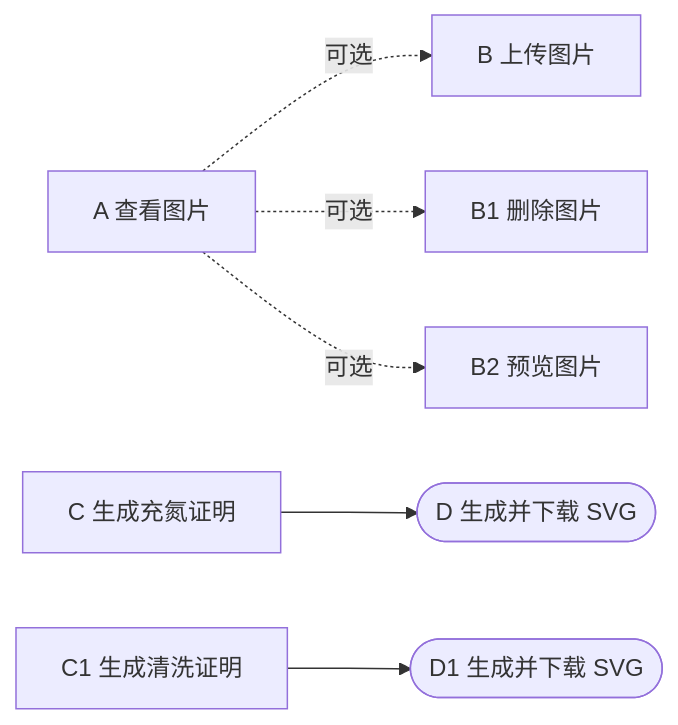
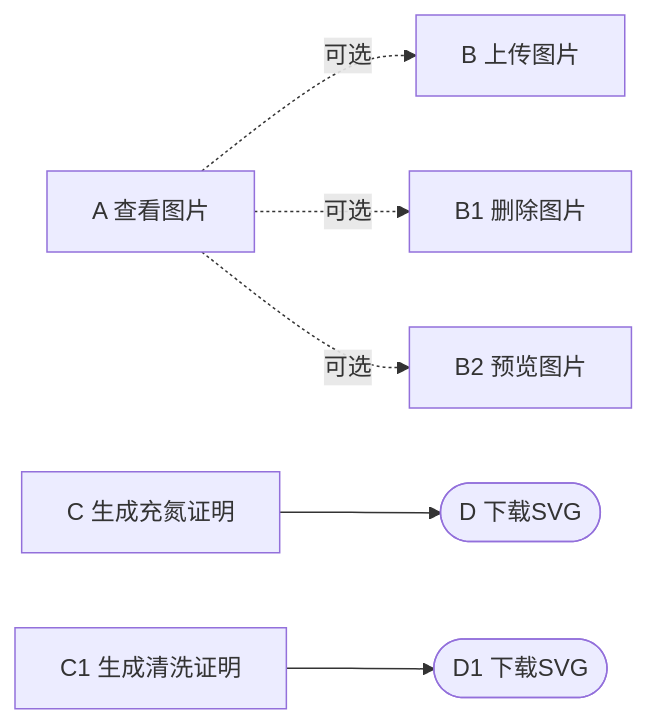
The fourth of 6 diagrams in skill-previews/code-module-feature-map/yard-tank-clean/developer-guide.md (mapanpan0802-ui/codexAi), drawn with Mermaid before and after one commit. The commit also changed other lines of this file and 5 other files, not shown here.

````diff
--- a/skill-previews/code-module-feature-map/yard-tank-clean/developer-guide.md
+++ b/skill-previews/code-module-feature-map/yard-tank-clean/developer-guide.md
@@ -108,8 +107,8 @@
 ```mermaid
 flowchart LR
     A["A 查看图片"] -. "可选" .-> B["B 上传图片"]
     A -. "可选" .-> B1["B1 删除图片"]
     A -. "可选" .-> B2["B2 预览图片"]
-    C["C 生成充氮证明"] --> D(["D 生成并下载 SVG"])
-    C1["C1 生成清洗证明"] --> D1(["D1 生成并下载 SVG"])
+    C["C 生成充氮证明"] --> D(["D 下载SVG"])
+    C1["C1 生成清洗证明"] --> D1(["D1 下载SVG"])
 ```
````
